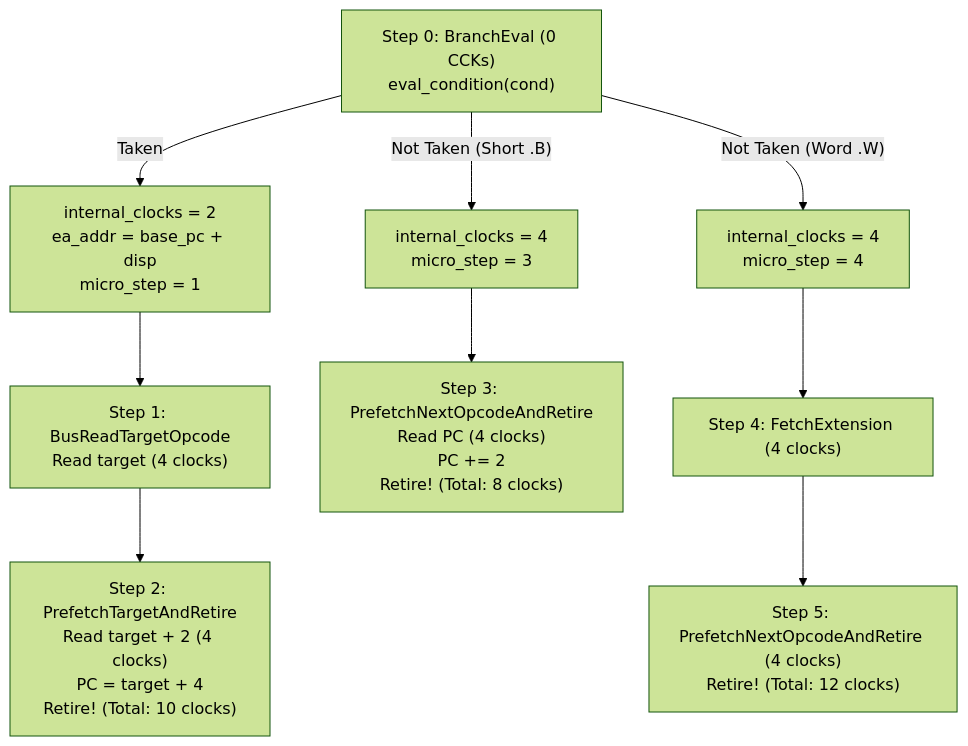
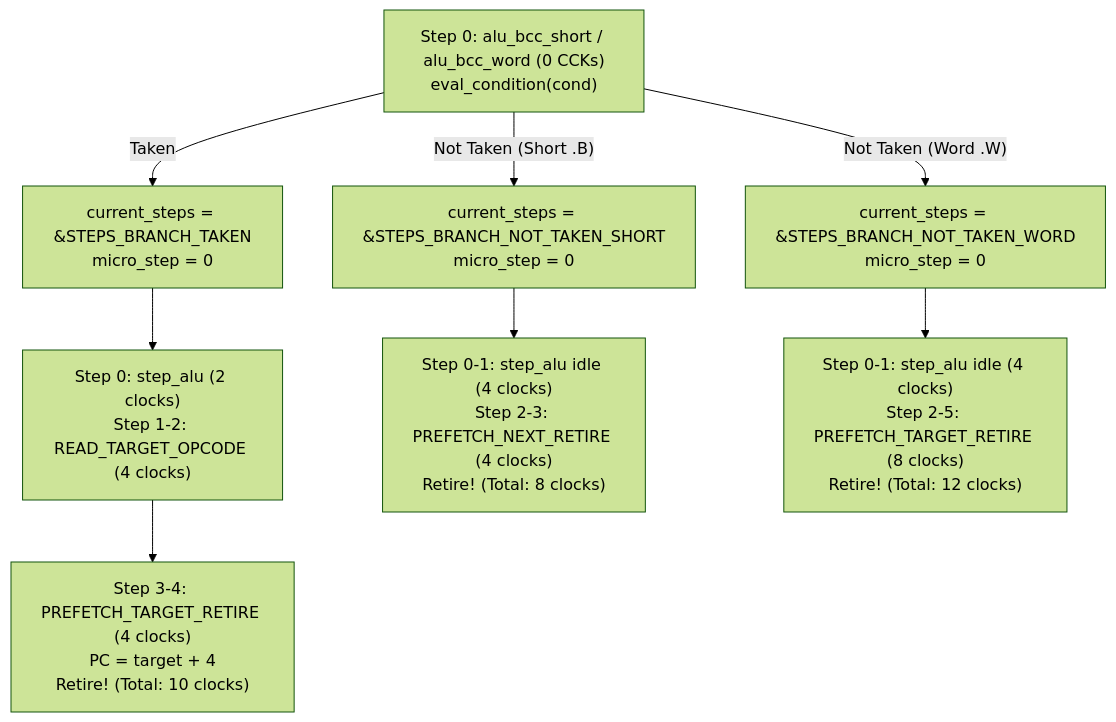
The first of 4 diagrams in Obsidian/Amiga/Design/CPU Micro-Step State Machine.md (tomek-anuszkiewicz/amiga-studio), drawn with Mermaid (forest theme) before and after one commit. The commit also changed other lines of this file and 6 other files, not shown here.

Commit message:
feat: implement cycle-exact M68000 micro-step execution engine with CCK1/CCK2 bus synchronization

````diff
--- a/Obsidian/Amiga/Design/CPU Micro-Step State Machine.md
+++ b/Obsidian/Amiga/Design/CPU Micro-Step State Machine.md
@@ -300,15 +298,14 @@
 ```mermaid
 flowchart TD
-    Eval["Step 0: BranchEval (0 CCKs)<br/>eval_condition(cond)"]
+    Eval["Step 0: alu_bcc_short / alu_bcc_word (0 CCKs)<br/>eval_condition(cond)"]
     
-    Eval -- "Taken" --> TakenPath["internal_clocks = 2<br/>ea_addr = base_pc + disp<br/>micro_step = 1"]
-    TakenPath --> Refill1["Step 1: BusReadTargetOpcode<br/>Read target (4 clocks)"]
-    Refill1 --> Refill2["Step 2: PrefetchTargetAndRetire<br/>Read target + 2 (4 clocks)<br/>PC = target + 4<br/>Retire! (Total: 10 clocks)"]
+    Eval -- "Taken" --> TakenPath["current_steps = &STEPS_BRANCH_TAKEN<br/>micro_step = 0"]
+    TakenPath --> Refill1["Step 0: step_alu (2 clocks)<br/>Step 1-2: READ_TARGET_OPCODE (4 clocks)"]
+    Refill1 --> Refill2["Step 3-4: PREFETCH_TARGET_RETIRE (4 clocks)<br/>PC = target + 4<br/>Retire! (Total: 10 clocks)"]
     
-    Eval -- "Not Taken (Short .B)" --> NotTakenB["internal_clocks = 4<br/>micro_step = 3"]
-    NotTakenB --> SeqRetire["Step 3: PrefetchNextOpcodeAndRetire<br/>Read PC (4 clocks)<br/>PC += 2<br/>Retire! (Total: 8 clocks)"]
+    Eval -- "Not Taken (Short .B)" --> NotTakenB["current_steps = &STEPS_BRANCH_NOT_TAKEN_SHORT<br/>micro_step = 0"]
+    NotTakenB --> SeqRetire["Step 0-1: step_alu idle (4 clocks)<br/>Step 2-3: PREFETCH_NEXT_RETIRE (4 clocks)<br/>Retire! (Total: 8 clocks)"]
     
-    Eval -- "Not Taken (Word .W)" --> NotTakenW["internal_clocks = 4<br/>micro_step = 4"]
-    NotTakenW --> SkipExt["Step 4: FetchExtension (4 clocks)"]
-    SkipExt --> SeqRetireW["Step 5: PrefetchNextOpcodeAndRetire (4 clocks)<br/>Retire! (Total: 12 clocks)"]
+    Eval -- "Not Taken (Word .W)" --> NotTakenW["current_steps = &STEPS_BRANCH_NOT_TAKEN_WORD<br/>micro_step = 0"]
+    NotTakenW --> SkipExt["Step 0-1: step_alu idle (4 clocks)<br/>Step 2-5: PREFETCH_TARGET_RETIRE (8 clocks)<br/>Retire! (Total: 12 clocks)"]
 ```
````
